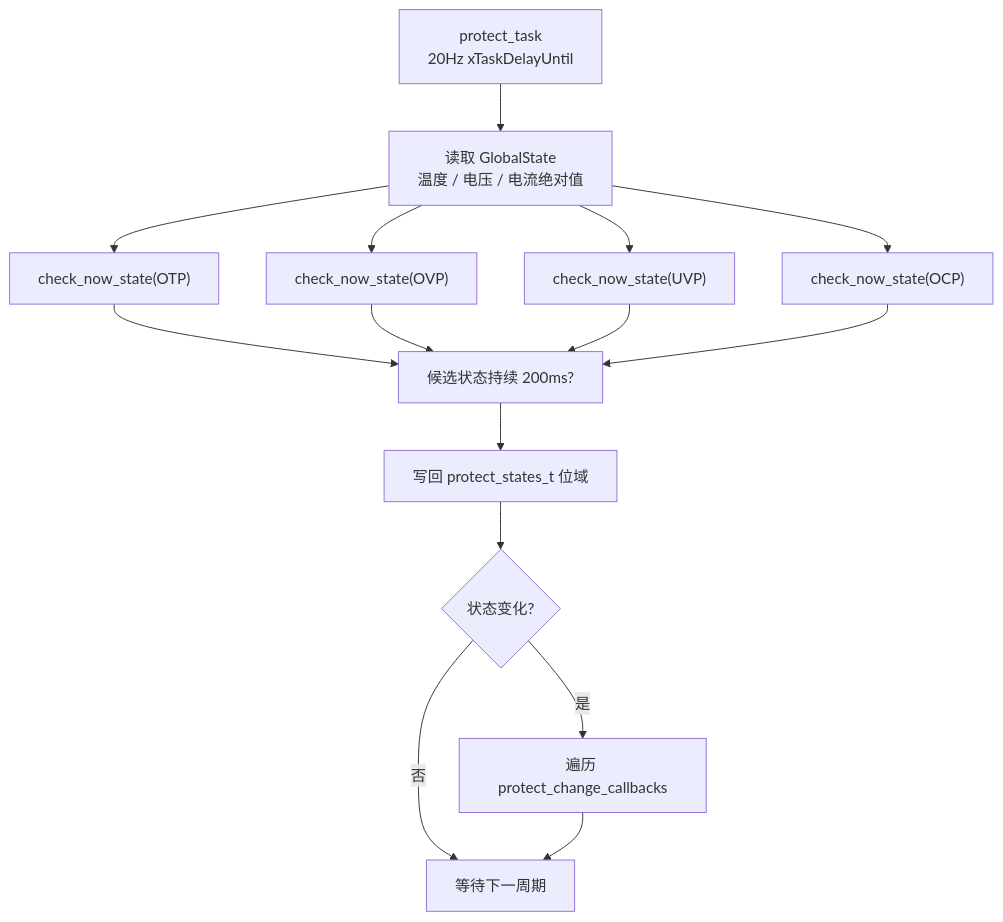
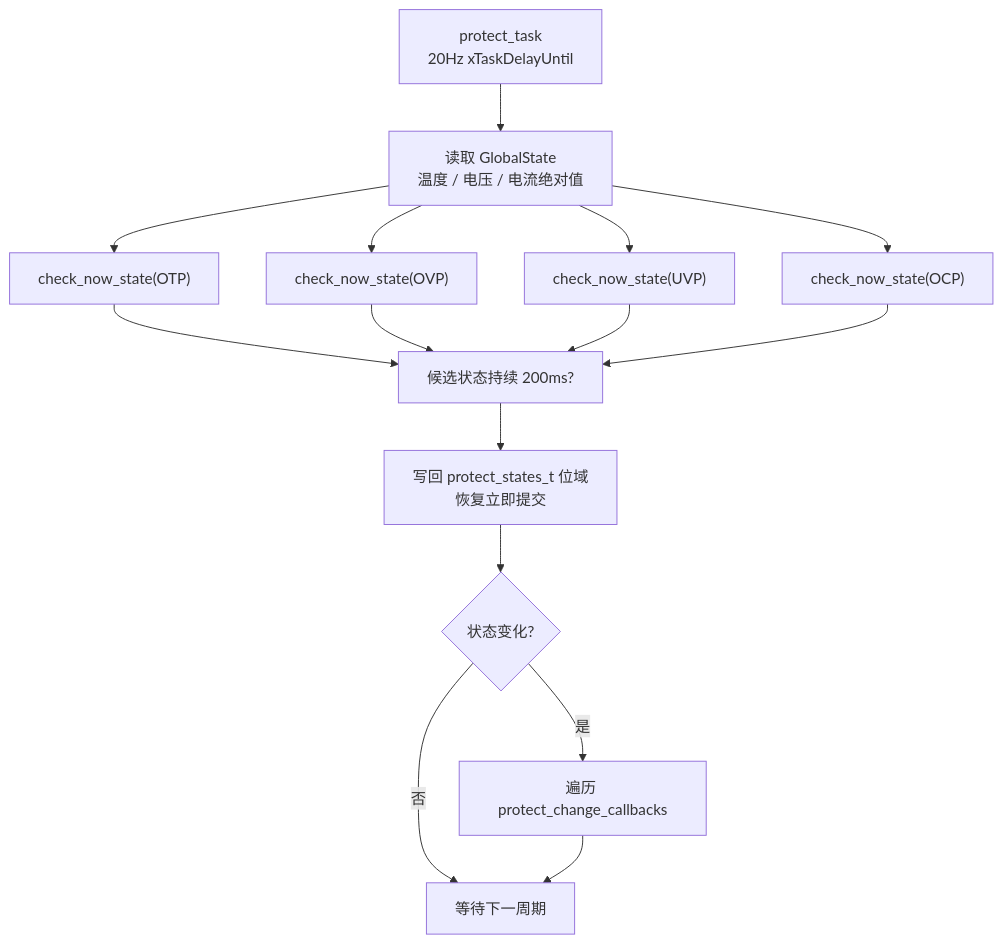
The second of 3 diagrams in components/app/protect/README.md (qingmeijiupiao/Wireless_power_meter_lite), drawn with Mermaid before and after one commit. The commit also changed other lines of this file and 6 other files, not shown here.

````diff
--- a/components/app/protect/README.md
+++ b/components/app/protect/README.md
@@ -28,17 +29,17 @@
 ```mermaid
 flowchart TD
     Tick["protect_task<br/>20Hz xTaskDelayUntil"] --> Read["读取 GlobalState<br/>温度 / 电压 / 电流绝对值"]
     Read --> OTP["check_now_state(OTP)"]
     Read --> OVP["check_now_state(OVP)"]
     Read --> UVP["check_now_state(UVP)"]
     Read --> OCP["check_now_state(OCP)"]
     OTP --> Debounce["候选状态持续 200ms?"]
     OVP --> Debounce
     UVP --> Debounce
     OCP --> Debounce
-    Debounce --> Store["写回 protect_states_t 位域"]
+    Debounce --> Store["写回 protect_states_t 位域<br/>恢复立即提交"]
     Store --> Changed{"状态变化?"}
     Changed -->|是| Callback["遍历 protect_change_callbacks"]
     Changed -->|否| Delay["等待下一周期"]
     Callback --> Delay
 ```
````
